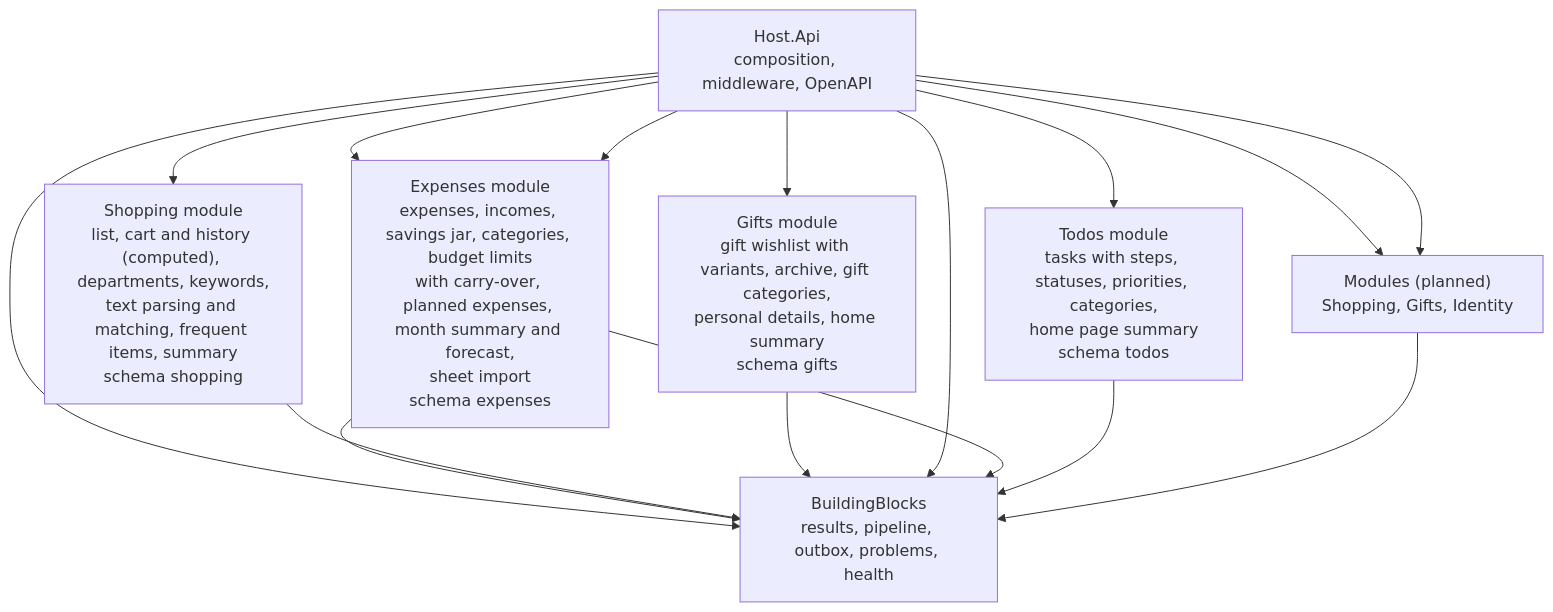
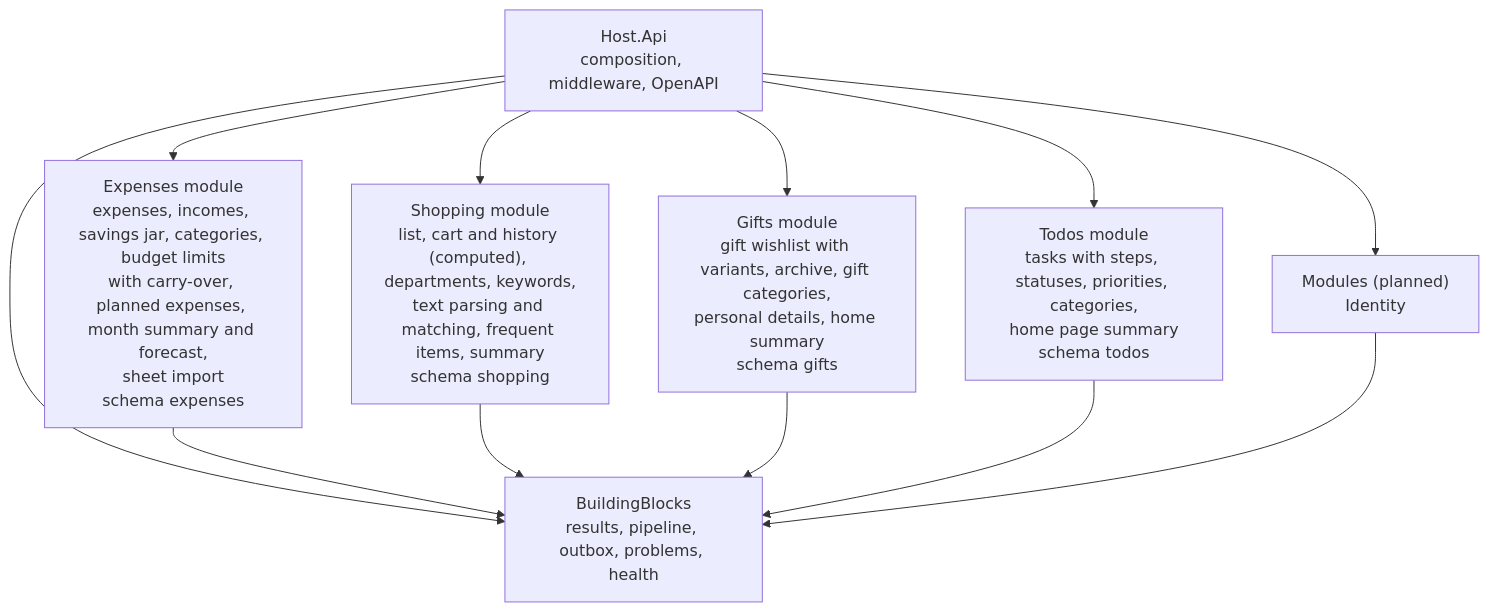
One commit to Weretik/home-app changed the third of 3 diagrams in api/docs/architecture/c4.md. Above: the diagram before and after it, drawn with Mermaid. The commit also changed 15 other files, not shown here.

````diff
--- a/api/docs/architecture/c4.md
+++ b/api/docs/architecture/c4.md
@@ -50,28 +50,22 @@
 ```mermaid
 flowchart TB
     host["Host.Api<br/>composition, middleware, OpenAPI"]
     blocks["BuildingBlocks<br/>results, pipeline, outbox, problems, health"]
     expenses["Expenses module<br/>expenses, incomes, savings jar, categories, budget limits<br/>with carry-over, planned expenses, month summary and forecast,<br/>sheet import<br/>schema expenses"]
     shopping["Shopping module<br/>list, cart and history (computed), departments, keywords,<br/>text parsing and matching, frequent items, summary<br/>schema shopping"]
     gifts["Gifts module<br/>gift wishlist with variants, archive, gift categories,<br/>personal details, home summary<br/>schema gifts"]
-    planned["Modules (planned)<br/>Todos, Identity"]
+    todos["Todos module<br/>tasks with steps, statuses, priorities, categories,<br/>home page summary<br/>schema todos"]
+    planned["Modules (planned)<br/>Identity"]
 
     host --> blocks
     host --> expenses
     host --> shopping
     host --> gifts
+    host --> todos
     host --> planned
     expenses --> blocks
     shopping --> blocks
     gifts --> blocks
-    todos["Todos module<br/>tasks with steps, statuses, priorities, categories,<br/>home page summary<br/>schema todos"]
-    planned["Modules (planned)<br/>Shopping, Gifts, Identity"]
-
-    host --> blocks
-    host --> expenses
-    host --> todos
-    host --> planned
-    expenses --> blocks
     todos --> blocks
     planned --> blocks
 ```
````
